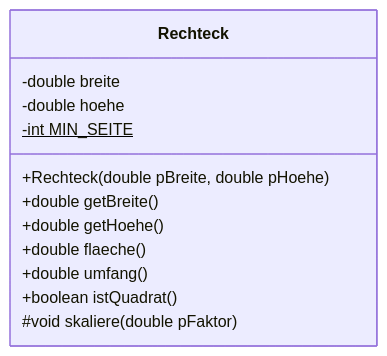
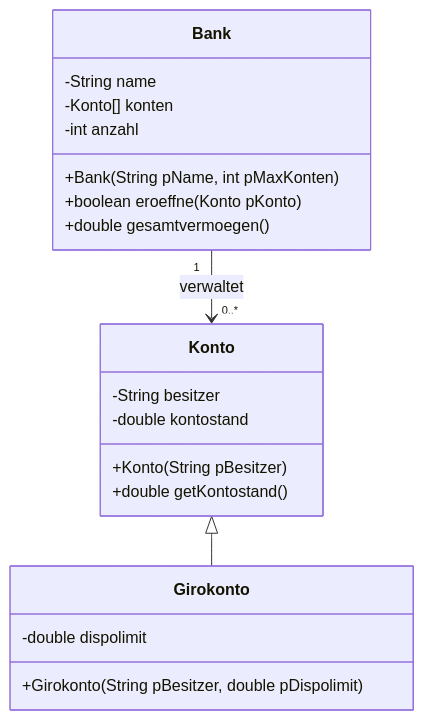
The second of 5 diagrams in book/oberstufe/oop/02-erweiterungen/01-vertiefte-objektorientierung/01-implementationsdiagramme.md (openpatch/hyperbook-informatik), drawn with Mermaid before and after one commit. The commit also changed other lines of this file and 20 other files, not shown here.

````diff
--- a/book/oberstufe/oop/02-erweiterungen/01-vertiefte-objektorientierung/01-implementationsdiagramme.md
+++ b/book/oberstufe/oop/02-erweiterungen/01-vertiefte-objektorientierung/01-implementationsdiagramme.md
@@ -113,15 +66,23 @@
 ```mermaid
 classDiagram
-    class Rechteck {
-        -double breite
-        -double hoehe
-        -int MIN_SEITE$
-        +Rechteck(double pBreite, double pHoehe)
-        +double getBreite()
-        +double getHoehe()
-        +double flaeche()
-        +double umfang()
-        +boolean istQuadrat()
-        #void skaliere(double pFaktor)
+    class Bank {
+        -String name
+        -Konto[] konten
+        -int anzahl
+        +Bank(String pName, int pMaxKonten)
+        +boolean eroeffne(Konto pKonto)
+        +double gesamtvermoegen()
     }
+    class Konto {
+        -String besitzer
+        -double kontostand
+        +Konto(String pBesitzer)
+        +double getKontostand()
+    }
+    class Girokonto {
+        -double dispolimit
+        +Girokonto(String pBesitzer, double pDispolimit)
+    }
+    Bank "1" --> "0..*" Konto : verwaltet
+    Konto <|-- Girokonto
 ```
````
